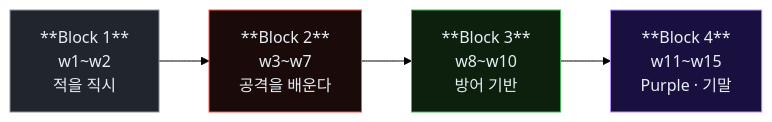
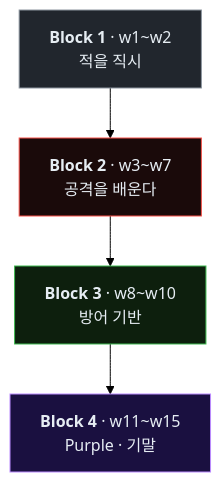
Before and after one commit to mrgrit/ccc: the third of 5 diagrams in contents/education/course19-agent-incident-response/week01/lecture.md, drawn with Mermaid (forest theme). The commit also changed other lines of this file and 5 other files, not shown here.

First line of the commit message:
docs(course19): w9 상세화 + 기존 LR 다이어그램을 TB로 전환

````diff
--- a/contents/education/course19-agent-incident-response/week01/lecture.md
+++ b/contents/education/course19-agent-incident-response/week01/lecture.md
@@ -495,12 +495,12 @@
 ```mermaid
-flowchart LR
-    B1["**Block 1**<br/>w1~w2<br/>적을 직시"]
-    B2["**Block 2**<br/>w3~w7<br/>공격을 배운다"]
-    B3["**Block 3**<br/>w8~w10<br/>방어 기반"]
-    B4["**Block 4**<br/>w11~w15<br/>Purple · 기말"]
+flowchart TB
+    B1["<b>Block 1</b> · w1~w2<br/>적을 직시"]
+    B2["<b>Block 2</b> · w3~w7<br/>공격을 배운다"]
+    B3["<b>Block 3</b> · w8~w10<br/>방어 기반"]
+    B4["<b>Block 4</b> · w11~w15<br/>Purple · 기말"]
     B1 --> B2 --> B3 --> B4
     style B1 fill:#21262d,stroke:#8b949e,color:#e6edf3
     style B2 fill:#1a0a0a,stroke:#f85149,color:#e6edf3
     style B3 fill:#0d1f0d,stroke:#3fb950,color:#e6edf3
     style B4 fill:#1a1040,stroke:#bc8cff,color:#e6edf3
 ```
````
